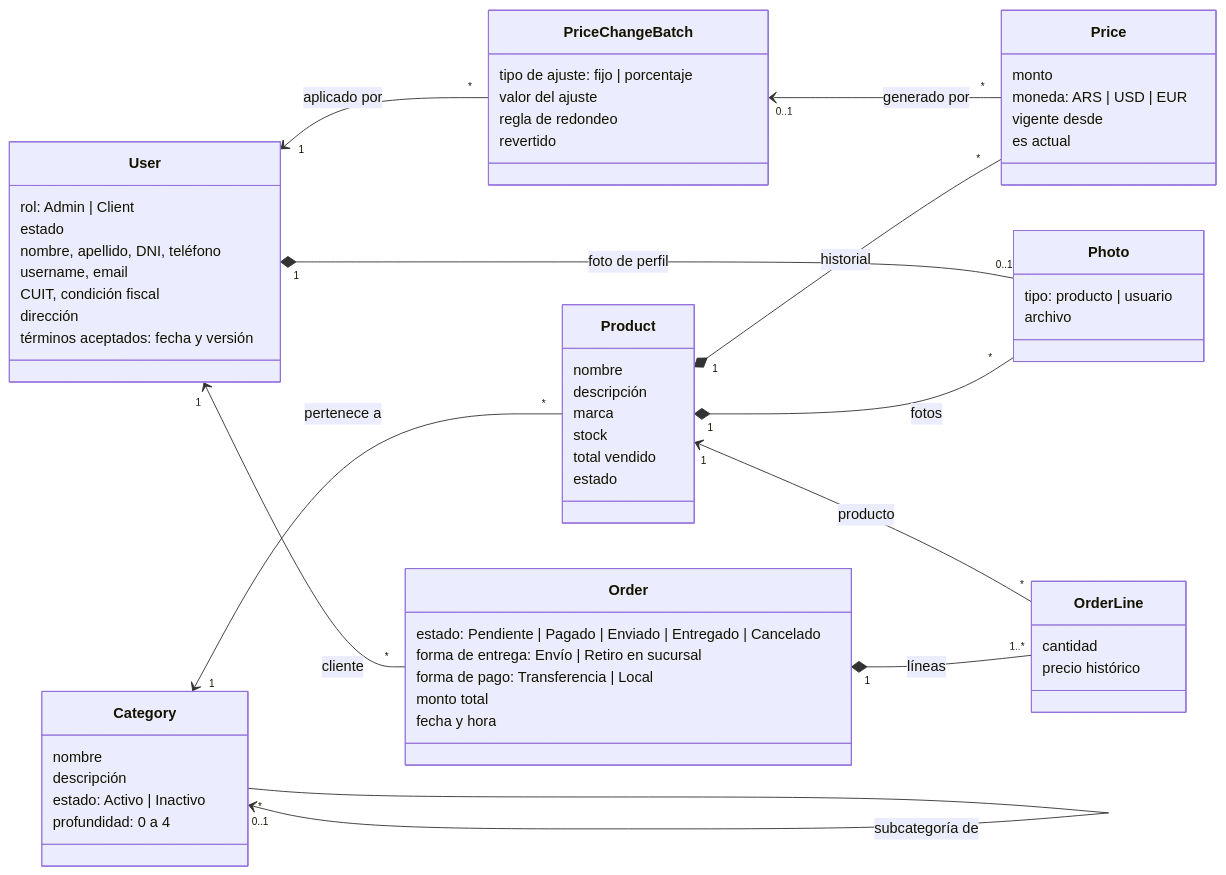
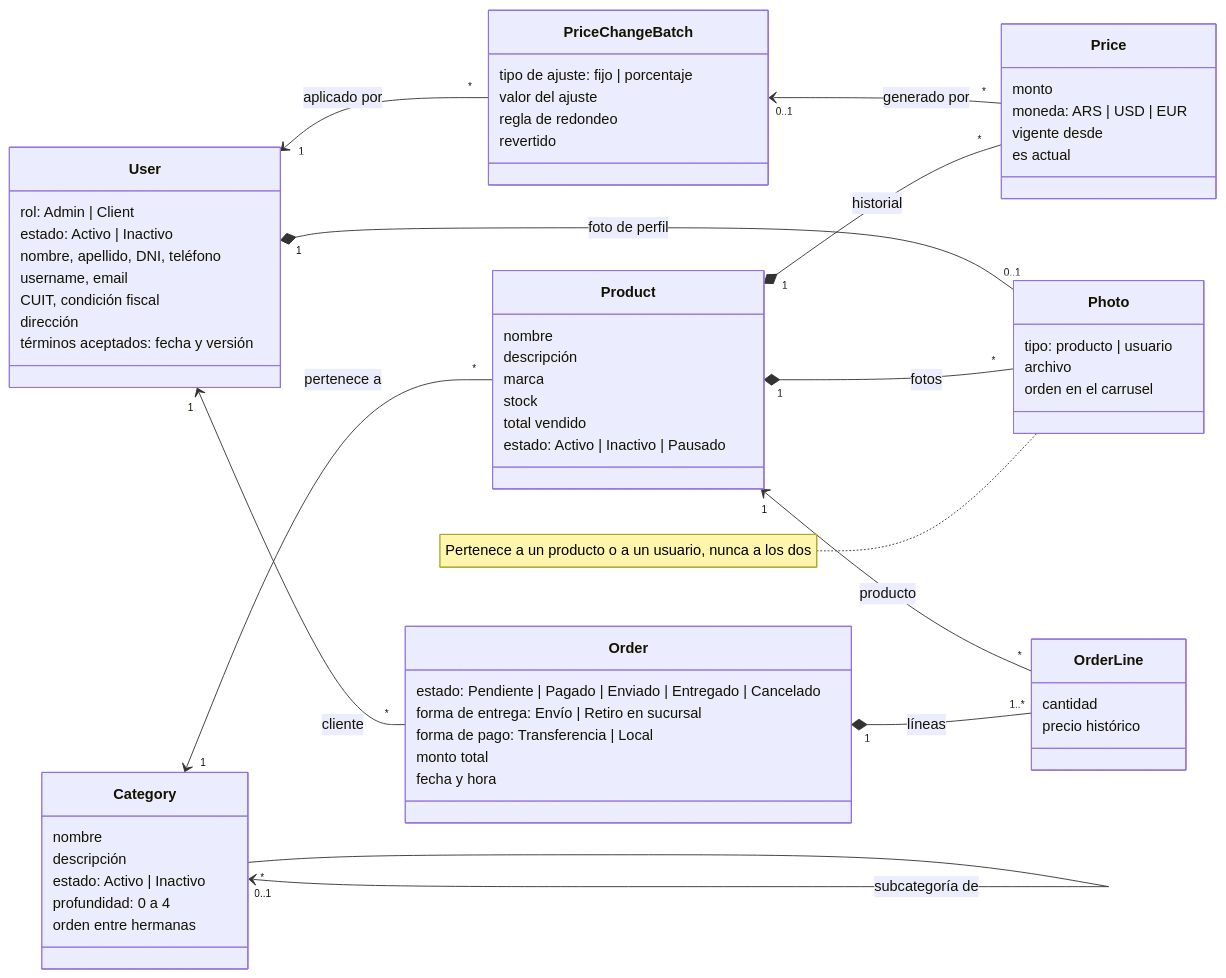
Before and after one commit to facumrb/Laelsi: the diagram in docs/catedra/proposal.md, drawn with Mermaid. The commit also changed other lines of this file and 2 other files, not shown here.

````diff
--- a/docs/catedra/proposal.md
+++ b/docs/catedra/proposal.md
@@ -76,73 +75,77 @@
 ```mermaid
 classDiagram
     direction LR
 
     class User {
         rol: Admin | Client
-        estado
+        estado: Activo | Inactivo
         nombre, apellido, DNI, teléfono
         username, email
         CUIT, condición fiscal
         dirección
         términos aceptados: fecha y versión
     }
 
     class Category {
         nombre
         descripción
         estado: Activo | Inactivo
         profundidad: 0 a 4
+        orden entre hermanas
     }
 
     class Product {
         nombre
         descripción
         marca
         stock
         total vendido
-        estado
+        estado: Activo | Inactivo | Pausado
     }
 
     class Price {
         monto
         moneda: ARS | USD | EUR
         vigente desde
         es actual
     }
 
     class PriceChangeBatch {
         tipo de ajuste: fijo | porcentaje
         valor del ajuste
         regla de redondeo
         revertido
     }
 
     class Photo {
         tipo: producto | usuario
         archivo
+        orden en el carrusel
     }
+
+    note for Photo "Pertenece a un producto o a un usuario, nunca a los dos"
 
     class Order {
         estado: Pendiente | Pagado | Enviado | Entregado | Cancelado
         forma de entrega: Envío | Retiro en sucursal
         forma de pago: Transferencia | Local
         monto total
         fecha y hora
     }
 
     class OrderLine {
         cantidad
         precio histórico
     }
 
     Category "0..1" <-- "*" Category : subcategoría de
     Category "1" <-- "*" Product : pertenece a
     Product "1" *-- "*" Price : historial
     PriceChangeBatch "0..1" <-- "*" Price : generado por
     User "1" <-- "*" PriceChangeBatch : aplicado por
     Product "1" *-- "*" Photo : fotos
     User "1" *-- "0..1" Photo : foto de perfil
     User "1" <-- "*" Order : cliente
     Order "1" *-- "1..*" OrderLine : líneas
     Product "1" <-- "*" OrderLine : producto
 ```
````
